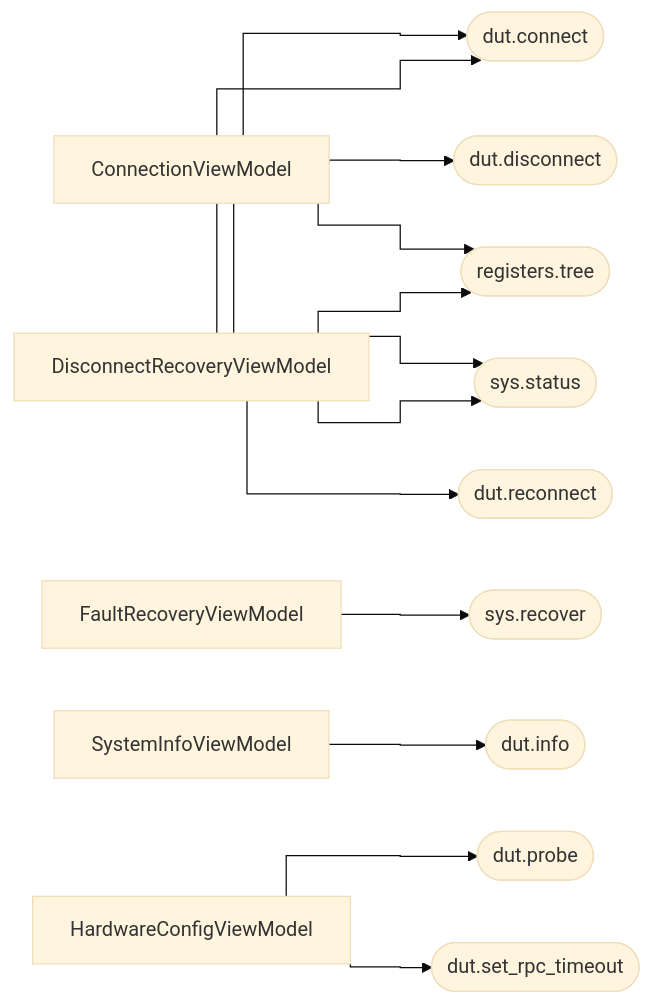
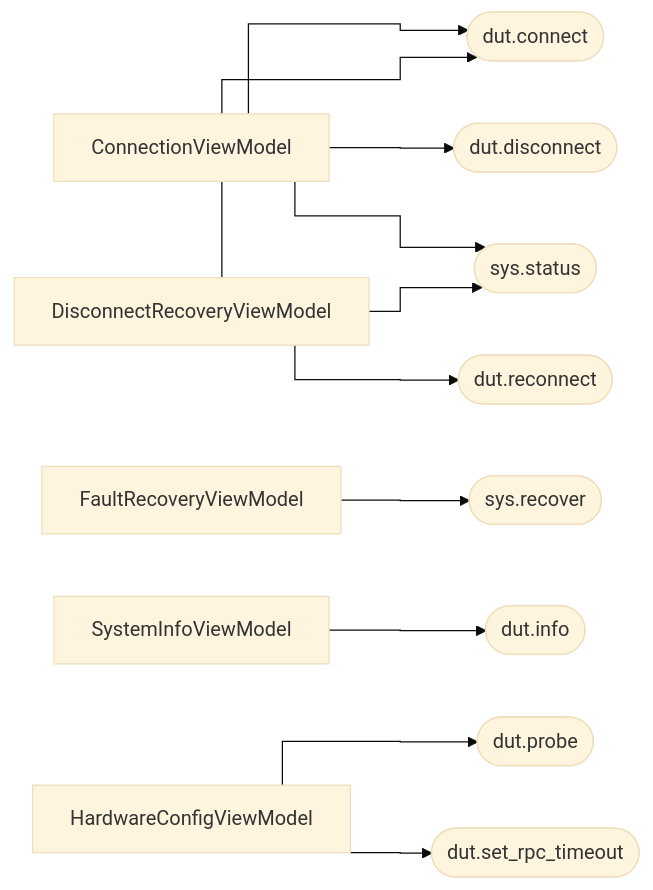
Before and after one commit to ShoyonK/sample_ui: diagram 29 of 30 in docs/ARCHITECTURE.md, drawn with Mermaid (base theme). The commit also changed other lines of this file and 315 other files, not shown here.

````diff
--- a/docs/ARCHITECTURE.md
+++ b/docs/ARCHITECTURE.md
@@ -1057,30 +1022,27 @@
 ```mermaid
 %%{init: {"flowchart": {"curve": "stepBefore"}}}%%
 flowchart LR
     ConnectionViewModel["ConnectionViewModel"]
     DisconnectRecoveryViewModel["DisconnectRecoveryViewModel"]
     FaultRecoveryViewModel["FaultRecoveryViewModel"]
     SystemInfoViewModel["SystemInfoViewModel"]
     HardwareConfigViewModel["HardwareConfigViewModel"]
     dut_connect(["dut.connect"])
     dut_disconnect(["dut.disconnect"])
     dut_info(["dut.info"])
     dut_probe(["dut.probe"])
     dut_reconnect(["dut.reconnect"])
     dut_set_rpc_timeout(["dut.set_rpc_timeout"])
-    registers_tree(["registers.tree"])
     sys_recover(["sys.recover"])
     sys_status(["sys.status"])
     ConnectionViewModel --> dut_connect
     ConnectionViewModel --> dut_disconnect
-    ConnectionViewModel --> registers_tree
     ConnectionViewModel --> sys_status
     DisconnectRecoveryViewModel --> dut_connect
     DisconnectRecoveryViewModel --> dut_reconnect
-    DisconnectRecoveryViewModel --> registers_tree
     DisconnectRecoveryViewModel --> sys_status
     FaultRecoveryViewModel --> sys_recover
     SystemInfoViewModel --> dut_info
     HardwareConfigViewModel --> dut_probe
     HardwareConfigViewModel --> dut_set_rpc_timeout
 ```
````
